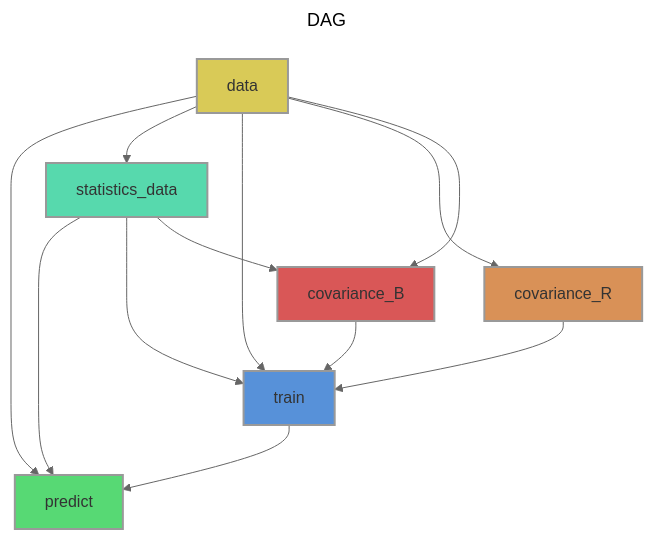
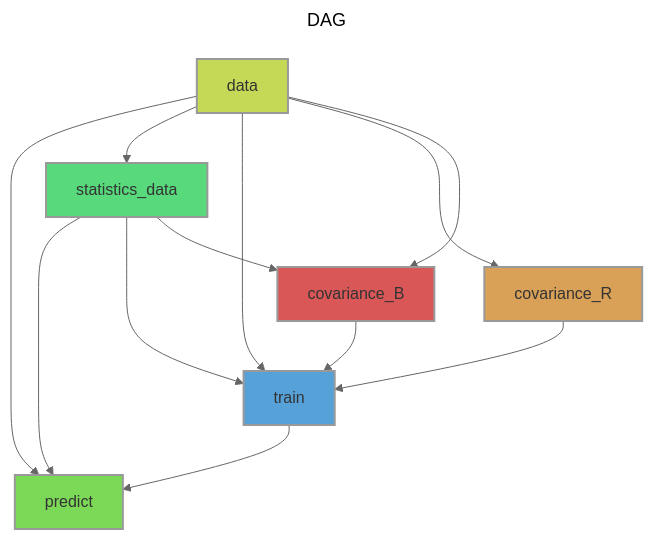
One commit to tremblaybenoit/RACCOONN changed the diagram in inverse/predict.mmd. Above: the diagram before and after it, drawn with Mermaid (neutral theme). The commit also changed 8 other files, not shown here.

```diff
--- a/inverse/predict.mmd
+++ b/inverse/predict.mmd
@@ -1,27 +1,27 @@
 ---
 title: DAG
 ---
 flowchart TB
 	id0[predict]
-	id1[statistics_data]
-	id2[data]
+	id1[data]
+	id2[statistics_data]
 	id3[train]
 	id4[covariance_R]
 	id5[covariance_B]
-	style id0 fill:#57D974,stroke-width:2px,color:#333333
-	style id1 fill:#57D9AD,stroke-width:2px,color:#333333
-	style id2 fill:#D9CA57,stroke-width:2px,color:#333333
-	style id3 fill:#5791D9,stroke-width:2px,color:#333333
-	style id4 fill:#D99157,stroke-width:2px,color:#333333
+	style id0 fill:#7CD957,stroke-width:2px,color:#333333
+	style id1 fill:#C6D957,stroke-width:2px,color:#333333
+	style id2 fill:#57D97C,stroke-width:2px,color:#333333
+	style id3 fill:#57A1D9,stroke-width:2px,color:#333333
+	style id4 fill:#D9A157,stroke-width:2px,color:#333333
 	style id5 fill:#D95757,stroke-width:2px,color:#333333
-	id3 --> id0
 	id2 --> id0
 	id1 --> id0
-	id2 --> id1
-	id5 --> id3
+	id3 --> id0
+	id1 --> id2
 	id2 --> id3
 	id1 --> id3
 	id4 --> id3
-	id2 --> id4
+	id5 --> id3
+	id1 --> id4
 	id2 --> id5
 	id1 --> id5
```
